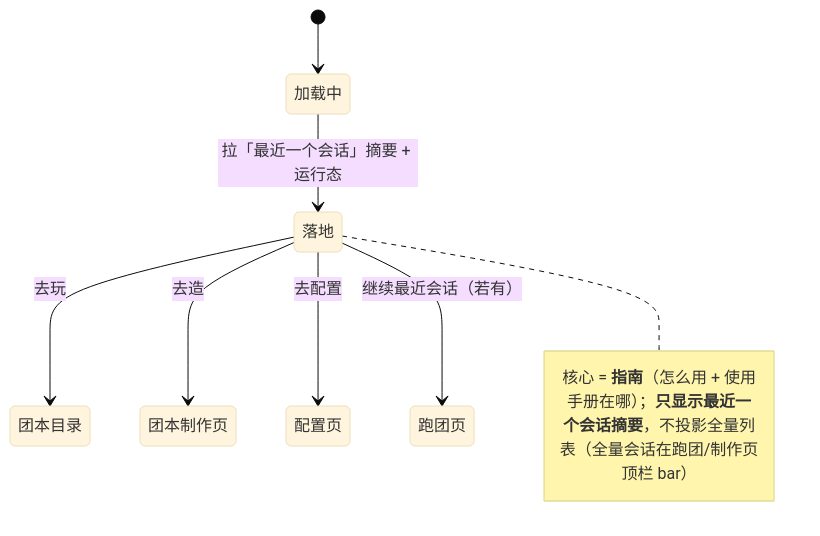
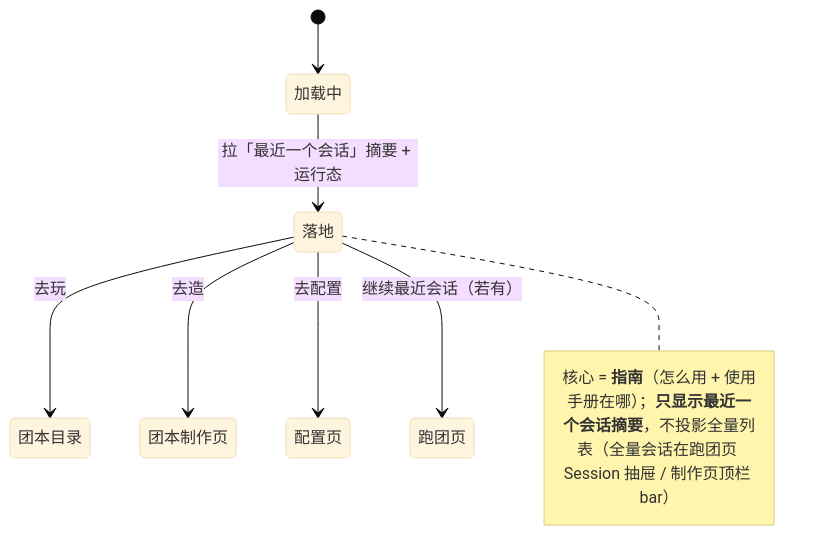
Before and after one commit to MuLeiSY2021/Dicelore: the sixth of 10 diagrams in docs/tdd/acceptance-loop-2026-07-06/0-state-machines.md, drawn with Mermaid (base theme). The commit also changed other lines of this file and 3 other files, not shown here.

````diff
--- a/docs/tdd/acceptance-loop-2026-07-06/0-state-machines.md
+++ b/docs/tdd/acceptance-loop-2026-07-06/0-state-machines.md
@@ -114,10 +114,10 @@
 ```mermaid
 stateDiagram-v2
   [*] --> 加载中
   加载中 --> 落地 : 拉「最近一个会话」摘要 + 运行态
   落地 --> 团本目录 : 去玩
   落地 --> 团本制作页 : 去造
   落地 --> 配置页 : 去配置
   落地 --> 跑团页 : 继续最近会话（若有）
-  note right of 落地 : 核心 = **指南**（怎么用 + 使用手册在哪）；**只显示最近一个会话摘要**，不投影全量列表（全量会话在跑团/制作页顶栏 bar）
+  note right of 落地 : 核心 = **指南**（怎么用 + 使用手册在哪）；**只显示最近一个会话摘要**，不投影全量列表（全量会话在跑团页 Session 抽屉 / 制作页顶栏 bar）
 ```
````
